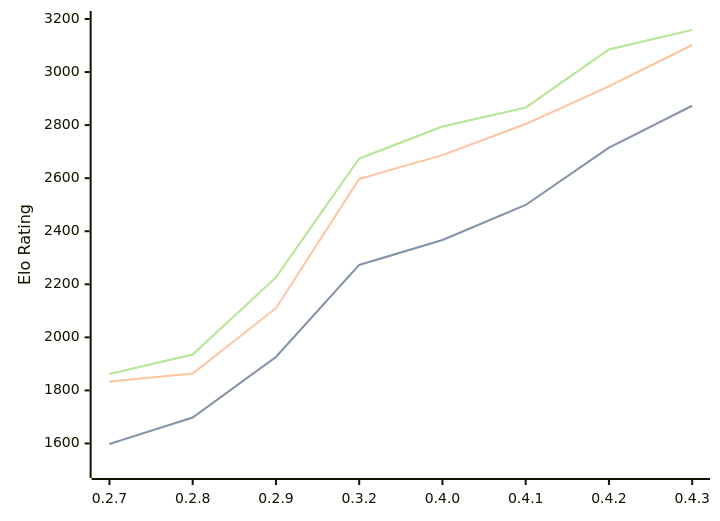
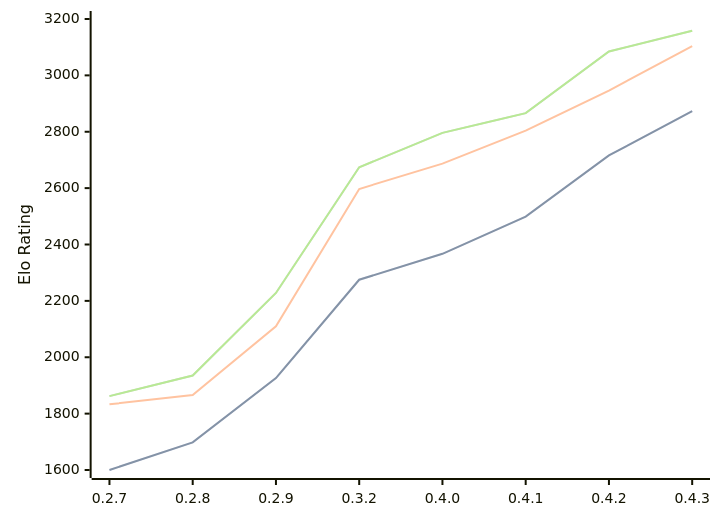
One commit to computer-chess-index/cci changed the diagram in engines/Dual.md. Above: the diagram before and after it, drawn with Mermaid. The commit also changed other lines of this file, not shown here.

Commit message:
Update CCI Ratings (ELO VLTC) - 2026-09-18

````diff
--- a/engines/Dual.md
+++ b/engines/Dual.md
@@ -40,11 +40,11 @@
 ```mermaid
 %%{init: {"theme":"base","themeVariables":{"seriesColors:['#a3a3a3','#222221','#faa371']}}}%%
 xychart-beta
   x-axis ["0.2.7", "0.2.8", "0.2.9", "0.3.2", "0.4.0", "0.4.1", "0.4.2", "0.4.3"]
-  y-axis "Elo Rating" 1500 --> 3200
-  line "" [1598, 1698, 1926, 2273, 2367, 2499, 2715, 2873]
-  line "STC (8.0+0.08s)" [1598, 1698, 1926, 2273, 2367, 2499, 2715, 2873]
-  line "LTC (60.0+0.60s)" [1833, 1864, 2110, 2597, 2687, 2804, 2946, 3102]
-  line "" [1862, 1935, 2226, 2674, 2795, 2866, 3085, 3159]
-  line "VLTC (2m24s+1.12s)" [1862, 1935, 2226, 2674, 2795, 2866, 3085, 3159]
+  y-axis "Elo Rating" 1600 --> 3200
+  line "" [1600, 1698, 1926, 2275, 2367, 2499, 2716, 2873]
+  line "STC (8.0+0.08s)" [1600, 1698, 1926, 2275, 2367, 2499, 2716, 2873]
+  line "LTC (60.0+0.60s)" [1833, 1866, 2110, 2597, 2687, 2804, 2946, 3104]
+  line "" [1862, 1935, 2228, 2674, 2796, 2866, 3085, 3158]
+  line "VLTC (2m24s+1.12s)" [1862, 1935, 2228, 2674, 2796, 2866, 3085, 3158]
 ```
````
